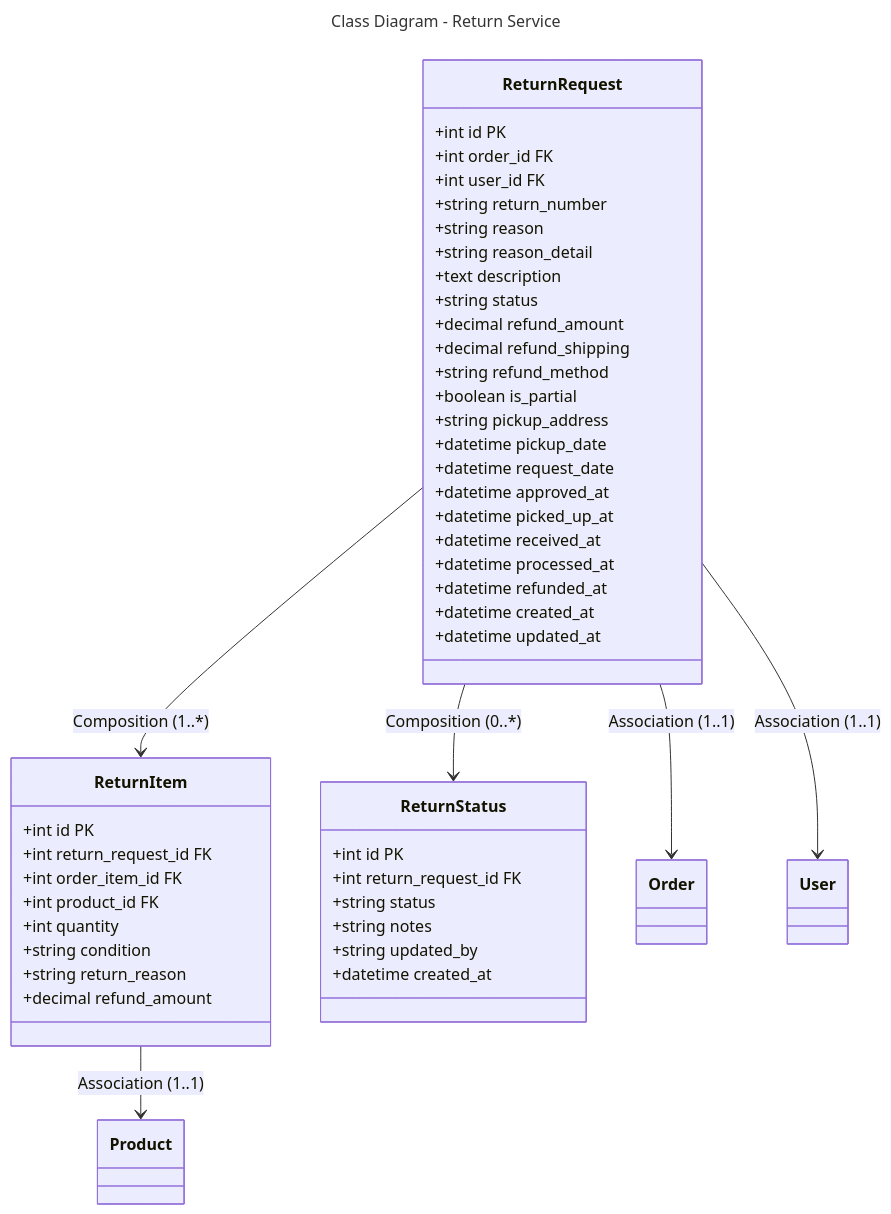
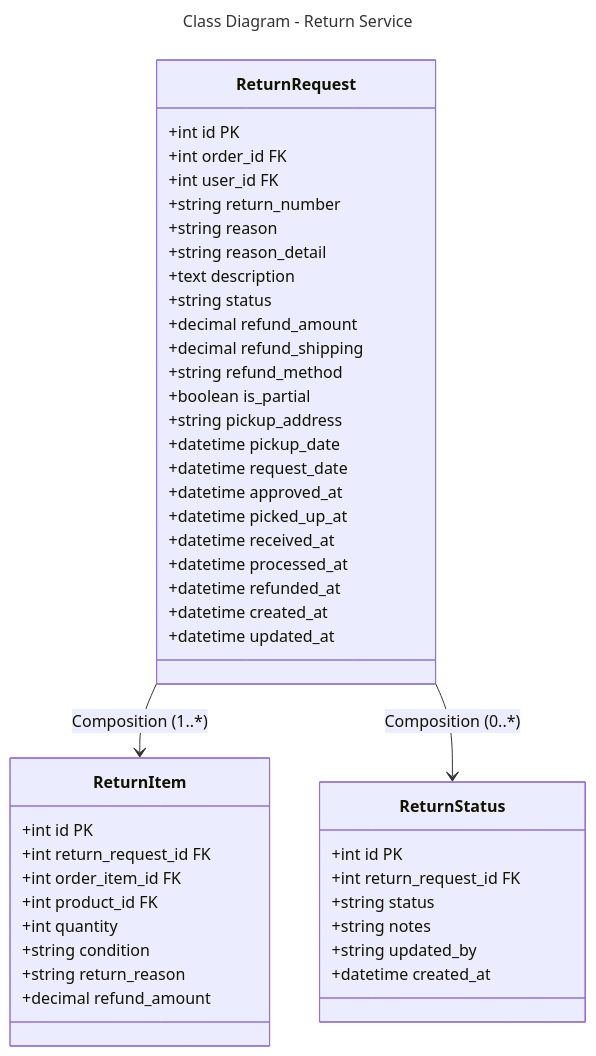
Before and after one commit to Trannaaanhh/ecom: the diagram in docs/diagrams/class/return-service.md, drawn with Mermaid. The commit also changed other lines of this file and 11 other files, not shown here.

````diff
--- a/docs/diagrams/class/return-service.md
+++ b/docs/diagrams/class/return-service.md
@@ -1,56 +1,53 @@
 ```mermaid
 ---
 title: Class Diagram - Return Service
 ---
 classDiagram
     class ReturnRequest {
         +int id PK
         +int order_id FK
         +int user_id FK
         +string return_number
         +string reason
         +string reason_detail
         +text description
         +string status
         +decimal refund_amount
         +decimal refund_shipping
         +string refund_method
         +boolean is_partial
         +string pickup_address
         +datetime pickup_date
         +datetime request_date
         +datetime approved_at
         +datetime picked_up_at
         +datetime received_at
         +datetime processed_at
         +datetime refunded_at
         +datetime created_at
         +datetime updated_at
     }
     
     class ReturnItem {
         +int id PK
         +int return_request_id FK
         +int order_item_id FK
         +int product_id FK
         +int quantity
         +string condition
         +string return_reason
         +decimal refund_amount
     }
     
     class ReturnStatus {
         +int id PK
         +int return_request_id FK
         +string status
         +string notes
         +string updated_by
         +datetime created_at
     }
     
     ReturnRequest --> ReturnItem : Composition (1..*)
     ReturnRequest --> ReturnStatus : Composition (0..*)
-    ReturnRequest --> Order : Association (1..1)
-    ReturnRequest --> User : Association (1..1)
-    ReturnItem --> Product : Association (1..1)
 ```
````
